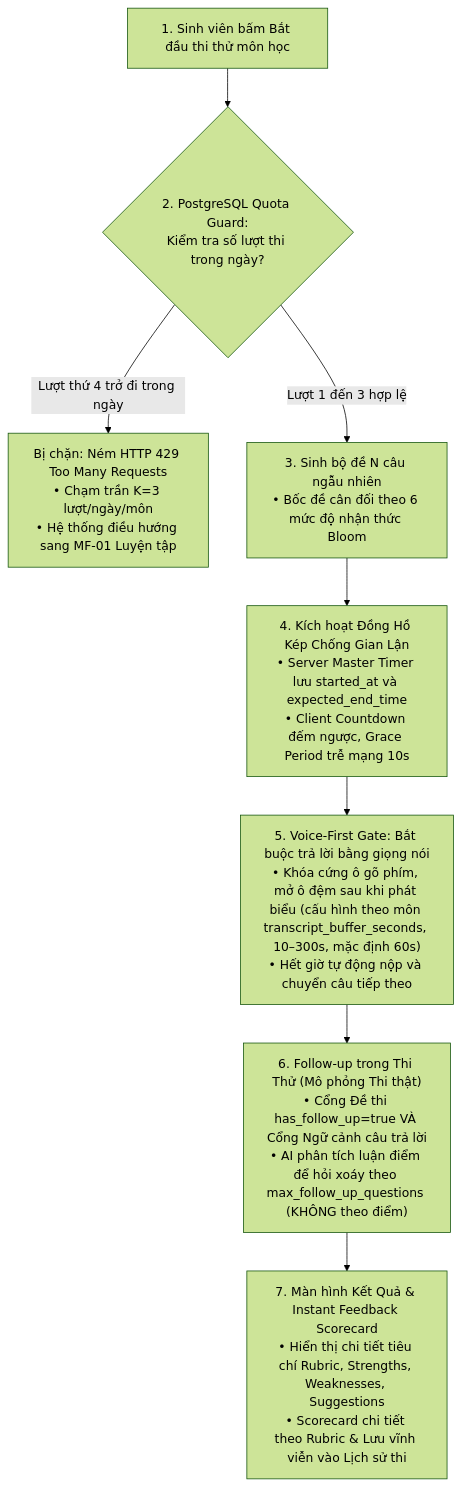
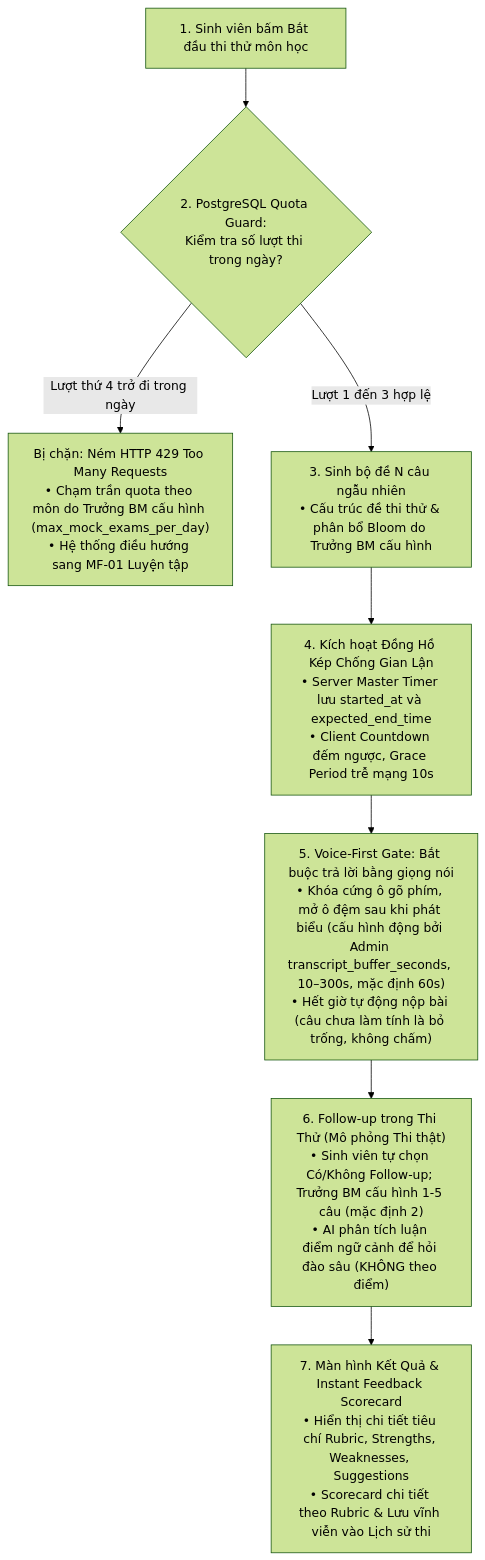
One commit to An-LLM-based-Oral-Examination/oral-exam-system changed the seventh of 14 diagrams in docs/MASTER_ARCHITECTURE.md. Above: the diagram before and after it, drawn with Mermaid (forest theme). The commit also changed other lines of this file and 144 other files, not shown here.

````diff
--- a/docs/MASTER_ARCHITECTURE.md
+++ b/docs/MASTER_ARCHITECTURE.md
@@ -772,15 +775,15 @@
 ```mermaid
 flowchart TD
     M2_Start["1. Sinh viên bấm Bắt đầu thi thử môn học"]
     M2_Quota{"2. PostgreSQL Quota Guard:<br>Kiểm tra số lượt thi trong ngày?"}
-    M2_Block["Bị chặn: Ném HTTP 429 Too Many Requests<br>• Chạm trần K=3 lượt/ngày/môn<br>• Hệ thống điều hướng sang MF-01 Luyện tập"]
-    M2_Gen["3. Sinh bộ đề N câu ngẫu nhiên<br>• Bốc đề cân đối theo 6 mức độ nhận thức Bloom"]
+    M2_Block["Bị chặn: Ném HTTP 429 Too Many Requests<br>• Chạm trần quota theo môn do Trưởng BM cấu hình (max_mock_exams_per_day)<br>• Hệ thống điều hướng sang MF-01 Luyện tập"]
+    M2_Gen["3. Sinh bộ đề N câu ngẫu nhiên<br>• Cấu trúc đề thi thử & phân bổ Bloom do Trưởng BM cấu hình"]
     M2_Timer["4. Kích hoạt Đồng Hồ Kép Chống Gian Lận<br>• Server Master Timer lưu started_at và expected_end_time<br>• Client Countdown đếm ngược, Grace Period trễ mạng 10s"]
-    M2_Gate["5. Voice-First Gate: Bắt buộc trả lời bằng giọng nói<br>• Khóa cứng ô gõ phím, mở ô đệm sau khi phát biểu (cấu hình theo môn transcript_buffer_seconds, 10–300s, mặc định 60s)<br>• Hết giờ tự động nộp và chuyển câu tiếp theo"]
-    M2_FollowUp["6. Follow-up trong Thi Thử (Mô phỏng Thi thật)<br>• Cổng Đề thi has_follow_up=true VÀ Cổng Ngữ cảnh câu trả lời<br>• AI phân tích luận điểm để hỏi xoáy theo max_follow_up_questions (KHÔNG theo điểm)"]
+    M2_Gate["5. Voice-First Gate: Bắt buộc trả lời bằng giọng nói<br>• Khóa cứng ô gõ phím, mở ô đệm sau khi phát biểu (cấu hình động bởi Admin transcript_buffer_seconds, 10–300s, mặc định 60s)<br>• Hết giờ tự động nộp bài (câu chưa làm tính là bỏ trống, không chấm)"]
+    M2_FollowUp["6. Follow-up trong Thi Thử (Mô phỏng Thi thật)<br>• Sinh viên tự chọn Có/Không Follow-up; Trưởng BM cấu hình 1-5 câu (mặc định 2)<br>• AI phân tích luận điểm ngữ cảnh để hỏi đào sâu (KHÔNG theo điểm)"]
     M2_Result["7. Màn hình Kết Quả & Instant Feedback Scorecard<br>• Hiển thị chi tiết tiêu chí Rubric, Strengths, Weaknesses, Suggestions<br>• Scorecard chi tiết theo Rubric & Lưu vĩnh viễn vào Lịch sử thi"]
 
     M2_Start --> M2_Quota
     M2_Quota -- Lượt thứ 4 trở đi trong ngày --> M2_Block
     M2_Quota -- Lượt 1 đến 3 hợp lệ --> M2_Gen --> M2_Timer --> M2_Gate --> M2_FollowUp --> M2_Result
 ```
````
